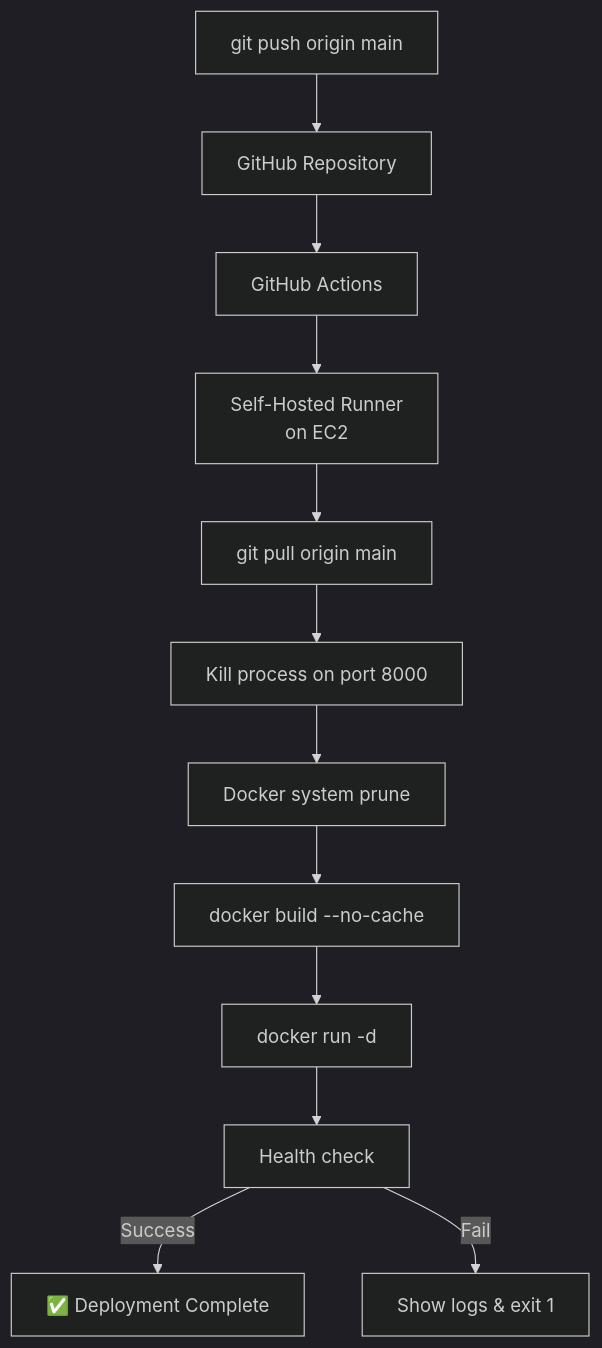
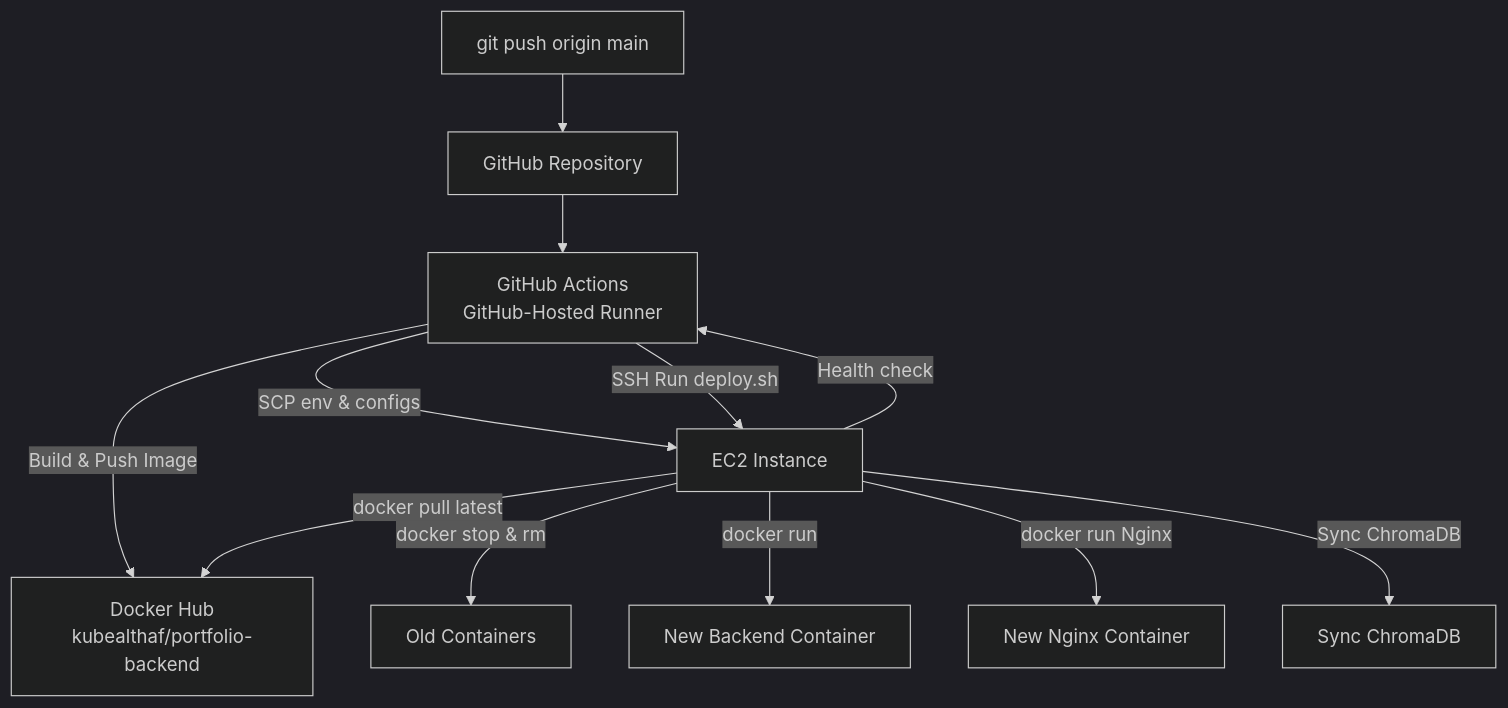
One commit to ALTHAFHUSSAINSYED/portfolio changed the fourth of 7 diagrams in SYSTEM_ARCHITECTURE.md. Above: the diagram before and after it, drawn with Mermaid (dark theme). The commit also changed other lines of this file and 3 other files, not shown here.

````diff
--- a/SYSTEM_ARCHITECTURE.md
+++ b/SYSTEM_ARCHITECTURE.md
@@ -1044,16 +2053,31 @@
 ```mermaid
+
 graph TB
+
     Push[git push origin main] --> GitHub[GitHub Repository]
-    GitHub --> Actions[GitHub Actions]
-    Actions --> Runner[Self-Hosted Runner<br/>on EC2]
+
+    GitHub --> Actions[GitHub Actions<br/>GitHub-Hosted Runner]
+
     
-    Runner --> Pull[git pull origin main]
-    Pull --> Kill[Kill process on port 8000]
-    Kill --> Clean[Docker system prune]
-    Clean --> Build[docker build --no-cache]
-    Build --> Run[docker run -d]
-    Run --> Health[Health check]
+
+    Actions -->|Build & Push Image| DockerHub[Docker Hub<br/>kubealthaf/portfolio-backend]
+
+    Actions -->|SCP env & configs| EC2[EC2 Instance]
+
+    Actions -->|SSH Run deploy.sh| EC2
+
     
-    Health -->|Success| Done[✅ Deployment Complete]
-    Health -->|Fail| Logs[Show logs & exit 1]
+
+    EC2 -->|docker pull latest| DockerHub
+
+    EC2 -->|docker stop & rm| OldContainer[Old Containers]
+
+    EC2 -->|docker run| NewContainer[New Backend Container]
+
+    EC2 -->|docker run Nginx| NginxContainer[New Nginx Container]
+
+    EC2 -->|Sync ChromaDB| ChromaDB[Sync ChromaDB]
+
+    EC2 -->|Health check| Actions
+
 ```
````
